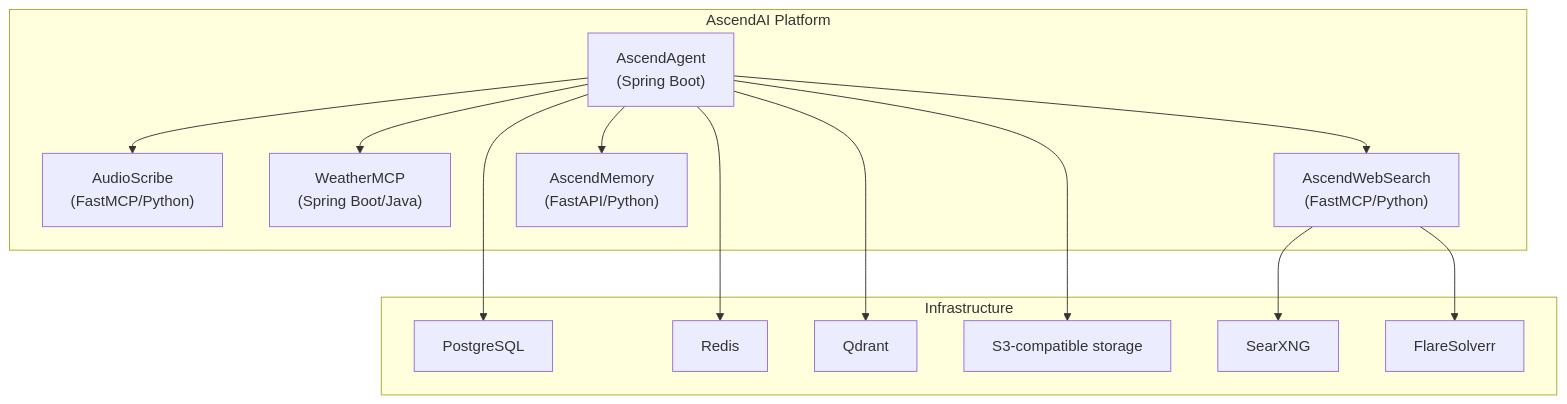
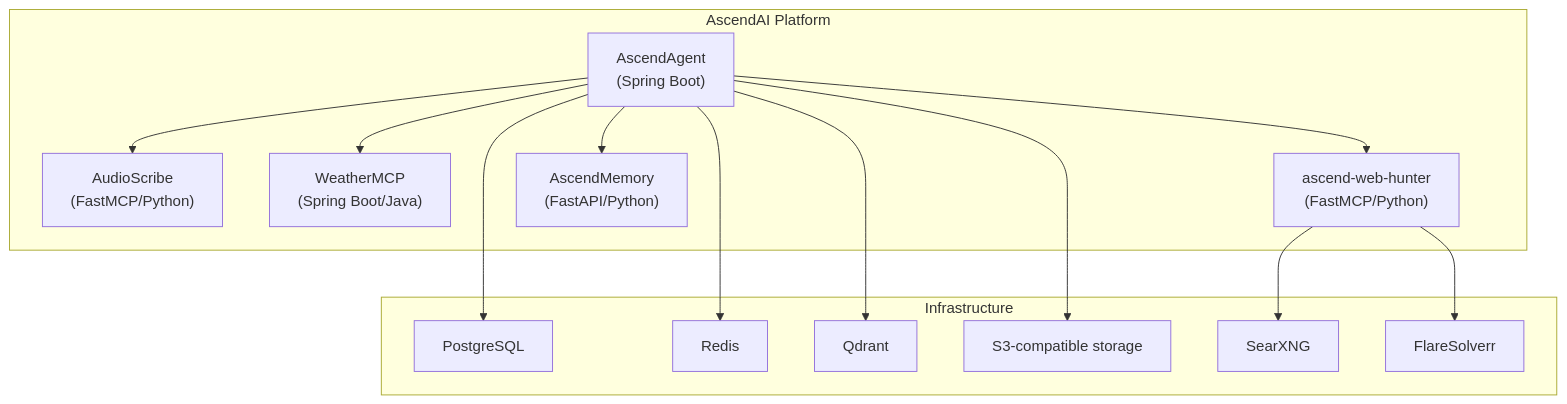
The first of 2 diagrams in AscendAgent/docs/architecture/arc42/05-building-block-view.md (Lukk17/AscendAI), drawn with Mermaid before and after one commit. The commit also changed 422 other files, not shown here.

````diff
--- a/AscendAgent/docs/architecture/arc42/05-building-block-view.md
+++ b/AscendAgent/docs/architecture/arc42/05-building-block-view.md
@@ -7,30 +7,30 @@
 ```mermaid
 graph TB
     subgraph "AscendAI Platform"
         AscendAgent["AscendAgent<br/>(Spring Boot)"]
         AudioScribe["AudioScribe<br/>(FastMCP/Python)"]
         Weather["WeatherMCP<br/>(Spring Boot/Java)"]
-        WebSearch["AscendWebSearch<br/>(FastMCP/Python)"]
+        WebHunter["ascend-web-hunter<br/>(FastMCP/Python)"]
         Memory["AscendMemory<br/>(FastAPI/Python)"]
     end
 
     subgraph "Infrastructure"
         Postgres["PostgreSQL"]
         Redis["Redis"]
         Qdrant["Qdrant"]
         S3["S3-compatible storage"]
         SearXNG["SearXNG"]
         FlareSolverr["FlareSolverr"]
     end
 
     AscendAgent --> AudioScribe
     AscendAgent --> Weather
-    AscendAgent --> WebSearch
+    AscendAgent --> WebHunter
     AscendAgent --> Memory
     AscendAgent --> Postgres
     AscendAgent --> Redis
     AscendAgent --> Qdrant
     AscendAgent --> S3
-    WebSearch --> SearXNG
-    WebSearch --> FlareSolverr
+    WebHunter --> SearXNG
+    WebHunter --> FlareSolverr
 ```
````
